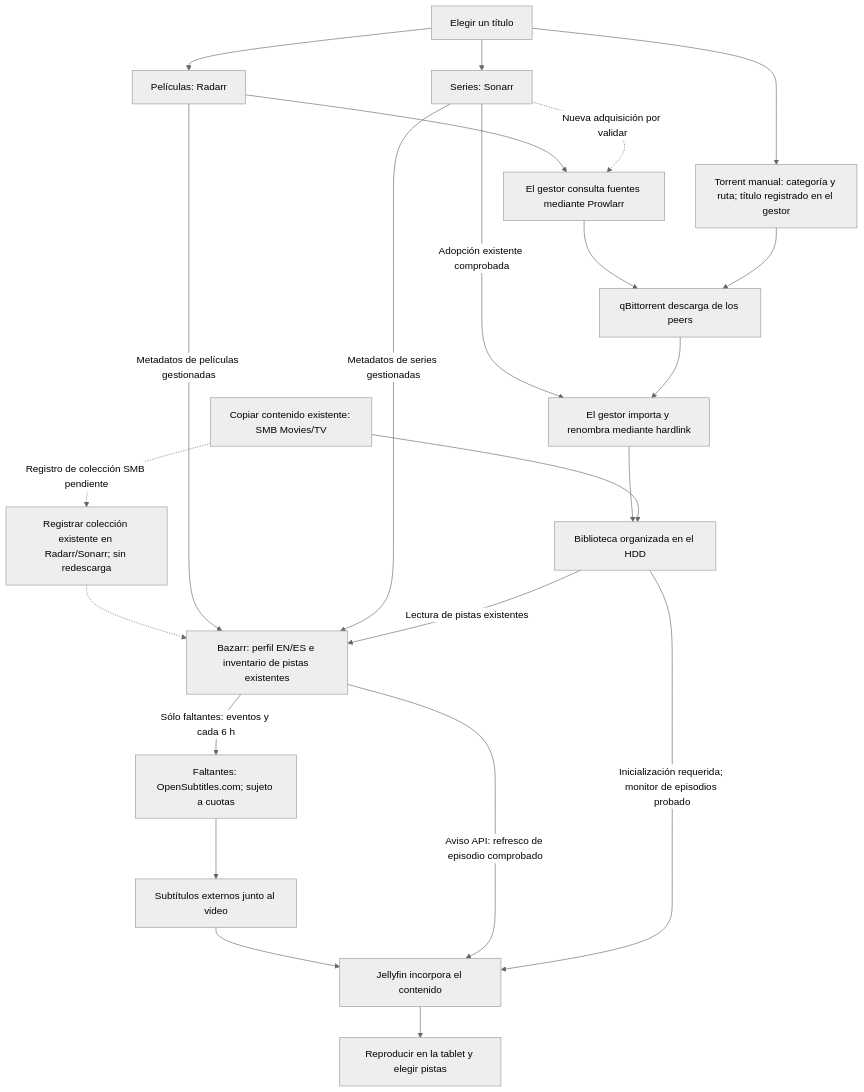
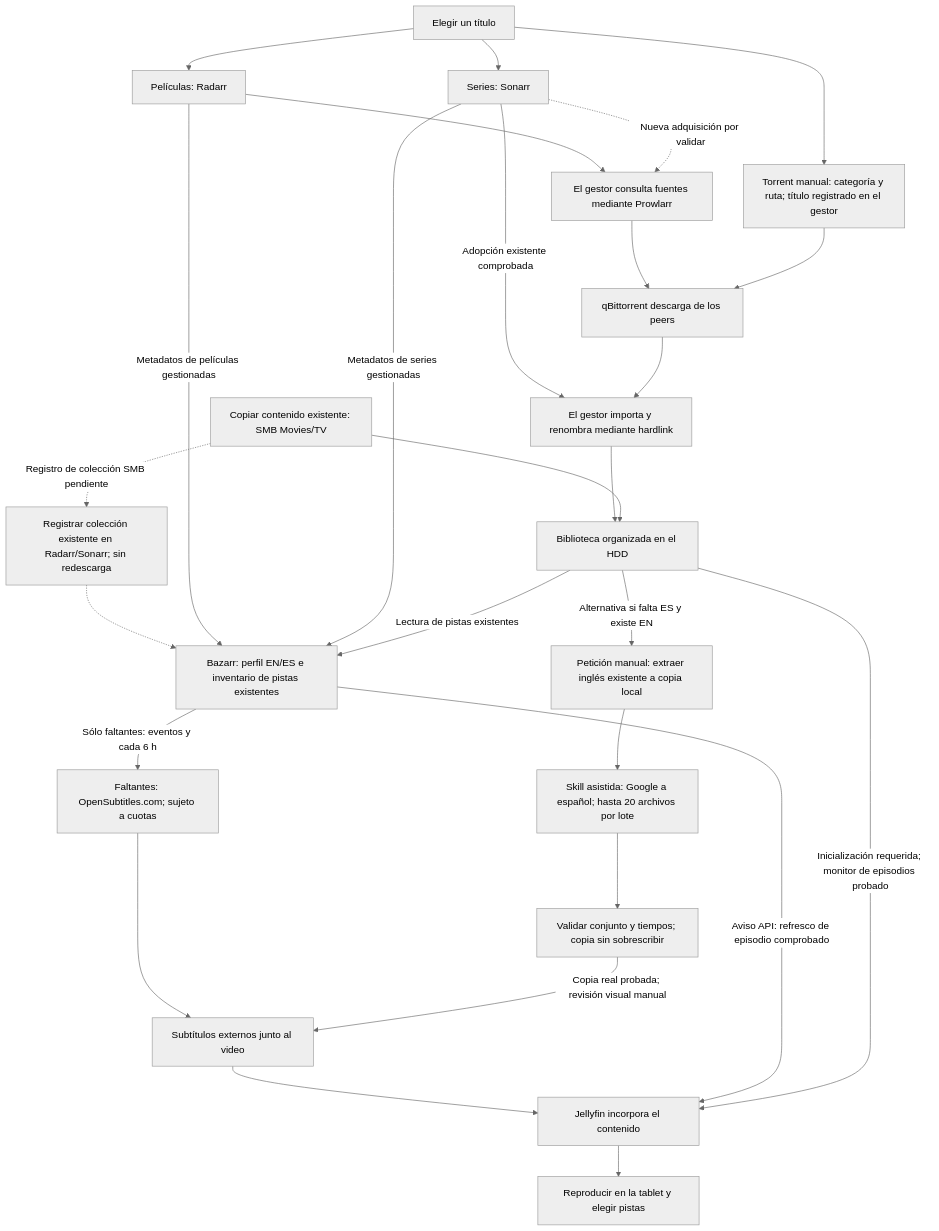
Before and after one commit to jdfesa/homelab: the first of 2 diagrams in media-server/README.md, drawn with Mermaid (neutral theme). The commit also changed other lines of this file and 4 other files, not shown here.

````diff
--- a/media-server/README.md
+++ b/media-server/README.md
@@ -28,40 +29,47 @@
 ```mermaid
 flowchart TB
     request["Elegir un título"]
     radarr["Películas: Radarr"]
     sonarr["Series: Sonarr"]
     search["El gestor consulta fuentes mediante Prowlarr"]
     download["qBittorrent descarga de los peers"]
     organize["El gestor importa y renombra mediante hardlink"]
     library["Biblioteca organizada en el HDD"]
     existing["Copiar contenido existente: SMB Movies/TV"]
     register["Registrar colección existente en Radarr/Sonarr; sin redescarga"]
     manual["Torrent manual: categoría y ruta; título registrado en el gestor"]
     scan["Jellyfin incorpora el contenido"]
     watch["Reproducir en la tablet y elegir pistas"]
     bazarr["Bazarr: perfil EN/ES e inventario de pistas existentes"]
     providers["Faltantes: OpenSubtitles.com; sujeto a cuotas"]
     subtitles["Subtítulos externos junto al video"]
+    export_en["Petición manual: extraer inglés existente a copia local"]
+    translate_es["Skill asistida: Google a español; hasta 20 archivos por lote"]
+    validate_es["Validar conjunto y tiempos; copia sin sobrescribir"]
     request --> radarr
     request --> sonarr
     request --> manual
     radarr --> search
     sonarr -.->|"Nueva adquisición por validar"| search
     sonarr -->|"Adopción existente comprobada"| organize
     search --> download
     manual --> download
     download --> organize
     organize --> library
     existing --> library
     existing -.->|"Registro de colección SMB pendiente"| register
     register -.-> bazarr
     radarr -->|"Metadatos de películas gestionadas"| bazarr
     sonarr -->|"Metadatos de series gestionadas"| bazarr
     library -->|"Lectura de pistas existentes"| bazarr
     bazarr -->|"Sólo faltantes: eventos y cada 6 h"| providers
     providers --> subtitles
+    library -->|"Alternativa si falta ES y existe EN"| export_en
+    export_en --> translate_es
+    translate_es --> validate_es
+    validate_es -->|"Copia real probada; revisión visual manual"| subtitles
     subtitles --> scan
     bazarr -->|"Aviso API: refresco de episodio comprobado"| scan
     library -->|"Inicialización requerida; monitor de episodios probado"| scan
     scan --> watch
 ```
````
